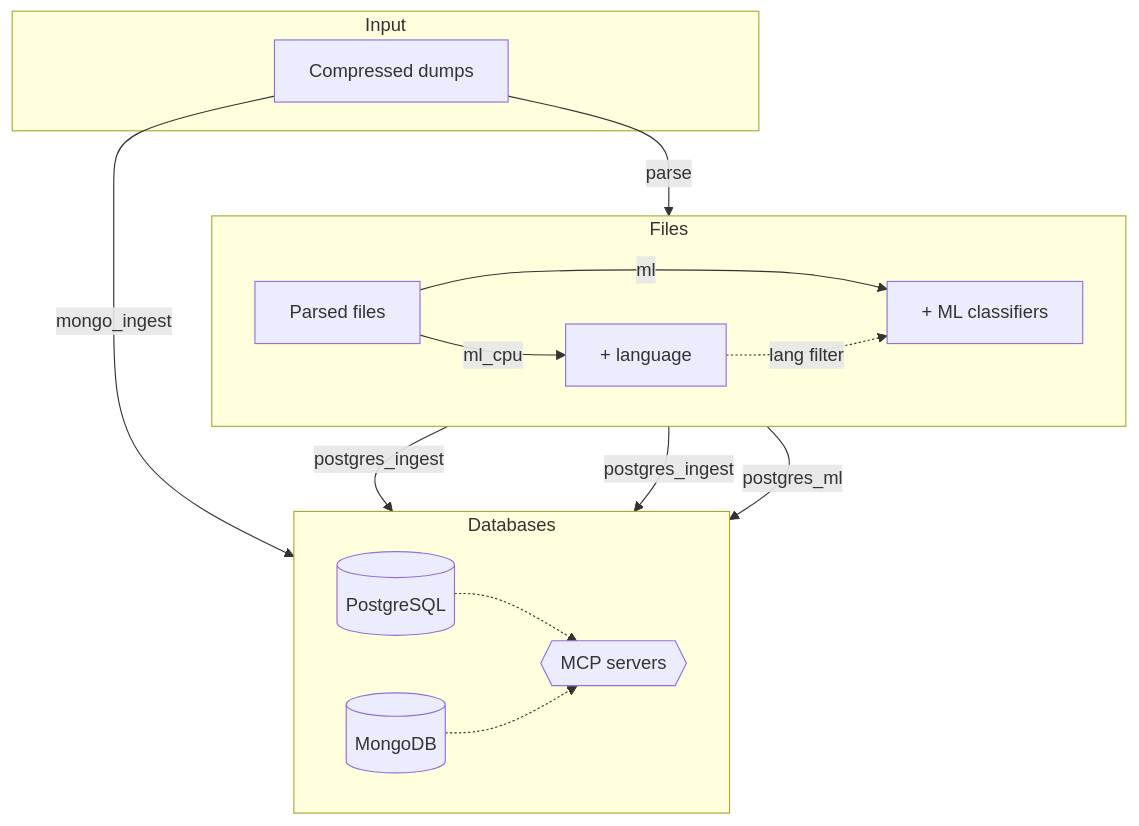
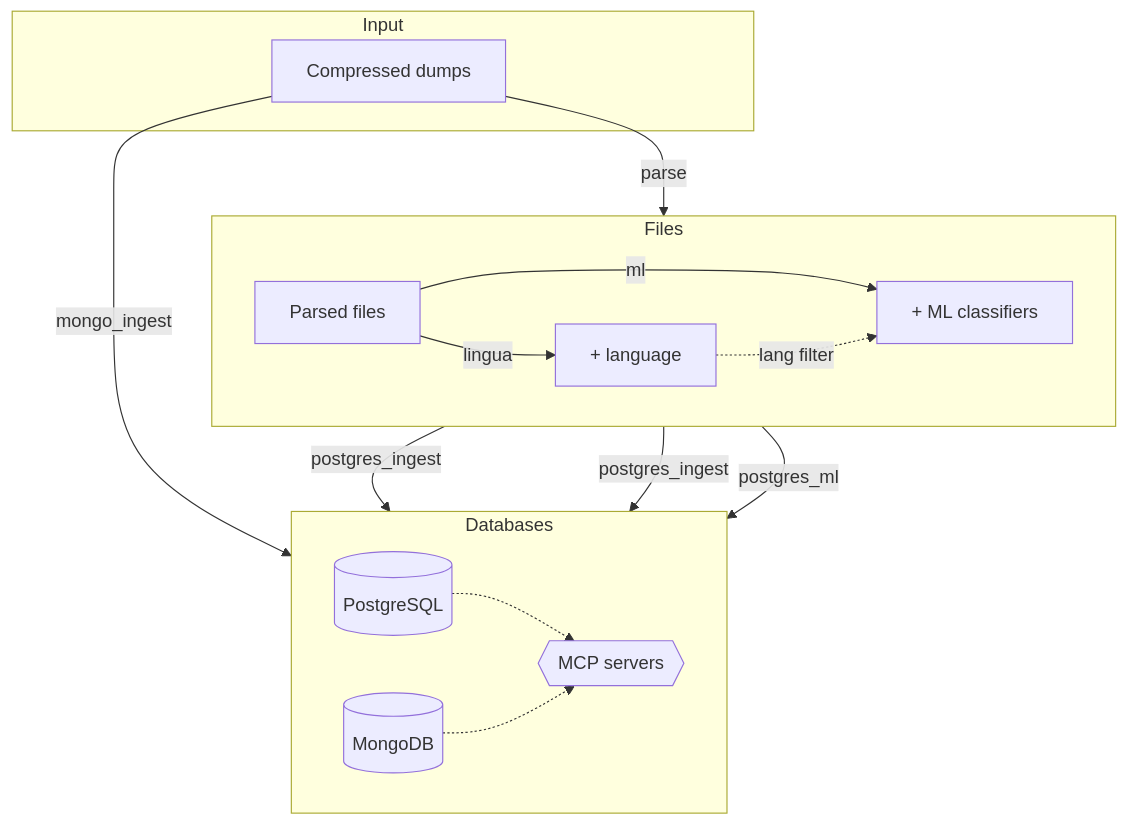
One commit to joaopn/social-data-pipeline changed the diagram in README.md. Above: the diagram before and after it, drawn with Mermaid. The commit also changed other lines of this file and 33 other files, not shown here.

````diff
--- a/README.md
+++ b/README.md
@@ -71,29 +71,29 @@
 ```mermaid
 flowchart TB
     subgraph Input
         DUMPS[Compressed dumps]
     end
 
     subgraph Files
         direction LR
         PARSED[Parsed files]
         LINGUA[+ language]
         ML_OUT[+ ML classifiers]
-        PARSED -->|ml_cpu| LINGUA
+        PARSED -->|lingua| LINGUA
         PARSED -->|ml| ML_OUT
         LINGUA -.->|lang filter| ML_OUT
     end
 
     subgraph Databases
         direction LR
         PG[(PostgreSQL)]
         MONGO[(MongoDB)]
         MCP{{MCP servers}}
         PG & MONGO -.-> MCP
     end
 
     DUMPS -->|parse| PARSED
     DUMPS -->|mongo_ingest| MONGO
     PARSED & LINGUA -->|postgres_ingest| PG
     ML_OUT -->|postgres_ml| PG
 ```
````
